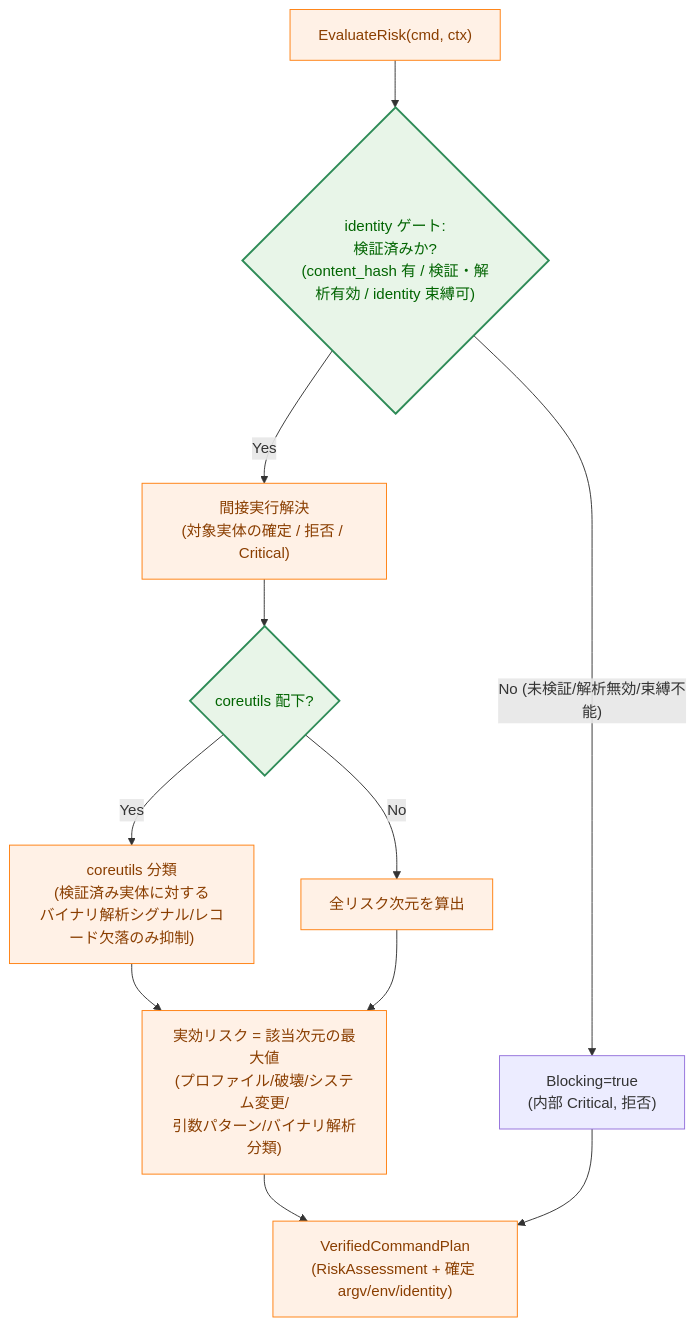
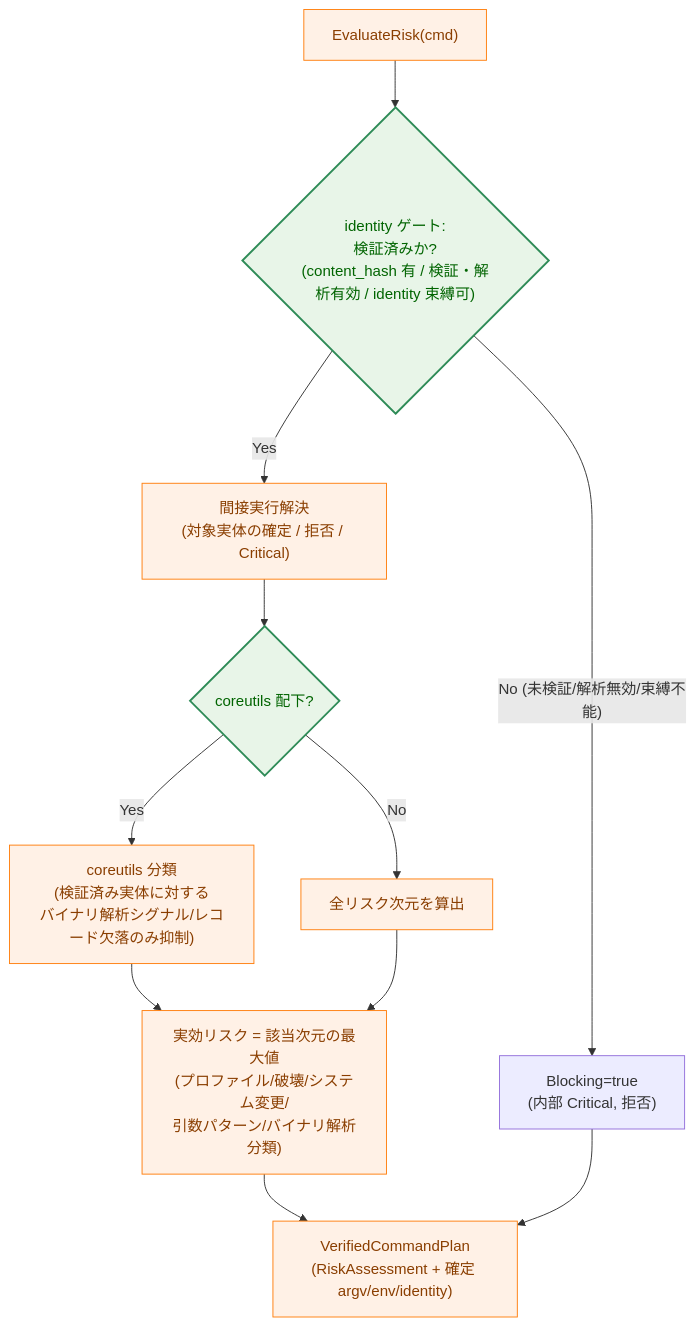
One commit to isseis/go-safe-cmd-runner changed diagram 11 of 12 in docs/tasks/0136_runtime_risk_evaluation_enforcement/02_architecture.md. Above: the diagram before and after it, drawn with Mermaid. The commit also changed other lines of this file and 1 other file, not shown here.

````diff
--- a/docs/tasks/0136_runtime_risk_evaluation_enforcement/02_architecture.md
+++ b/docs/tasks/0136_runtime_risk_evaluation_enforcement/02_architecture.md
@@ -629,19 +612,19 @@
 ```mermaid
 flowchart TD
     classDef process fill:#fff1e6,stroke:#ff7f0e,stroke-width:1px,color:#8a3e00;
     classDef enhanced fill:#e8f5e8,stroke:#2e8b57,stroke-width:2px,color:#006400;
 
-    S["EvaluateRisk(cmd, ctx)"] --> IDG{"identity ゲート:<br>検証済みか?<br>(content_hash 有 / 検証・解析有効 / identity 束縛可)"}
+    S["EvaluateRisk(cmd)"] --> IDG{"identity ゲート:<br>検証済みか?<br>(content_hash 有 / 検証・解析有効 / identity 束縛可)"}
     IDG -->|"No (未検証/解析無効/束縛不能)"| BLK["Blocking=true<br>(内部 Critical, 拒否)"]
     IDG -->|"Yes"| IR["間接実行解決<br>(対象実体の確定 / 拒否 / Critical)"]
     IR --> CU{"coreutils 配下?"}
     CU -->|"Yes"| CUC["coreutils 分類<br>(検証済み実体に対する<br>バイナリ解析シグナル/レコード欠落のみ抑制)"]
     CU -->|"No"| DIM["全リスク次元を算出"]
     CUC --> MAX
     DIM --> MAX["実効リスク = 該当次元の最大値<br>(プロファイル/破壊/システム変更/<br>引数パターン/バイナリ解析分類)"]
     MAX --> OUT["VerifiedCommandPlan<br>(RiskAssessment + 確定 argv/env/identity)"]
     BLK --> OUT
 
     class S,IR,CUC,DIM,MAX,OUT process
     class IDG,CU enhanced
 ```
````
